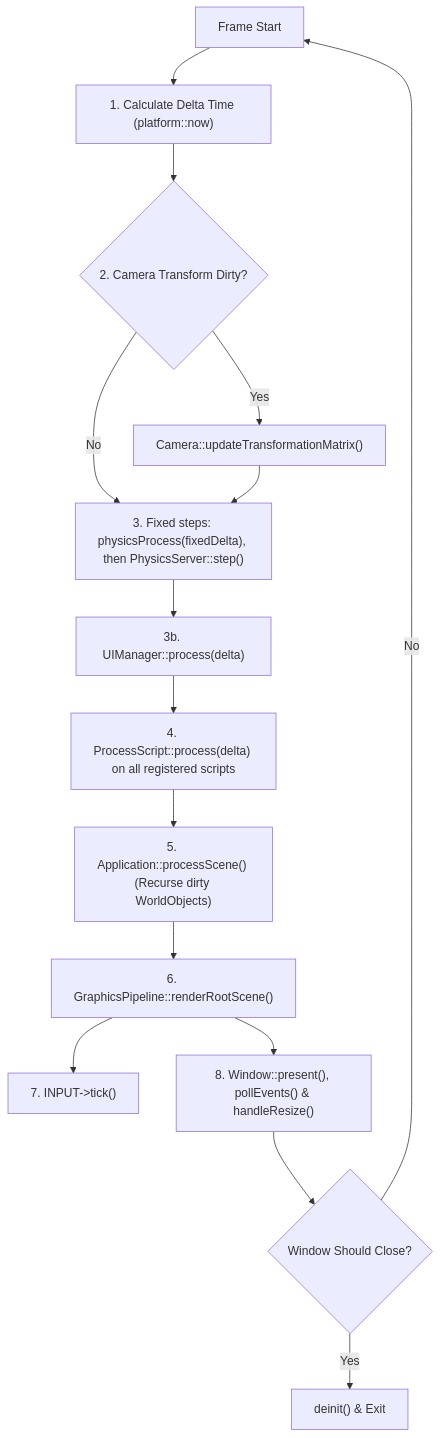
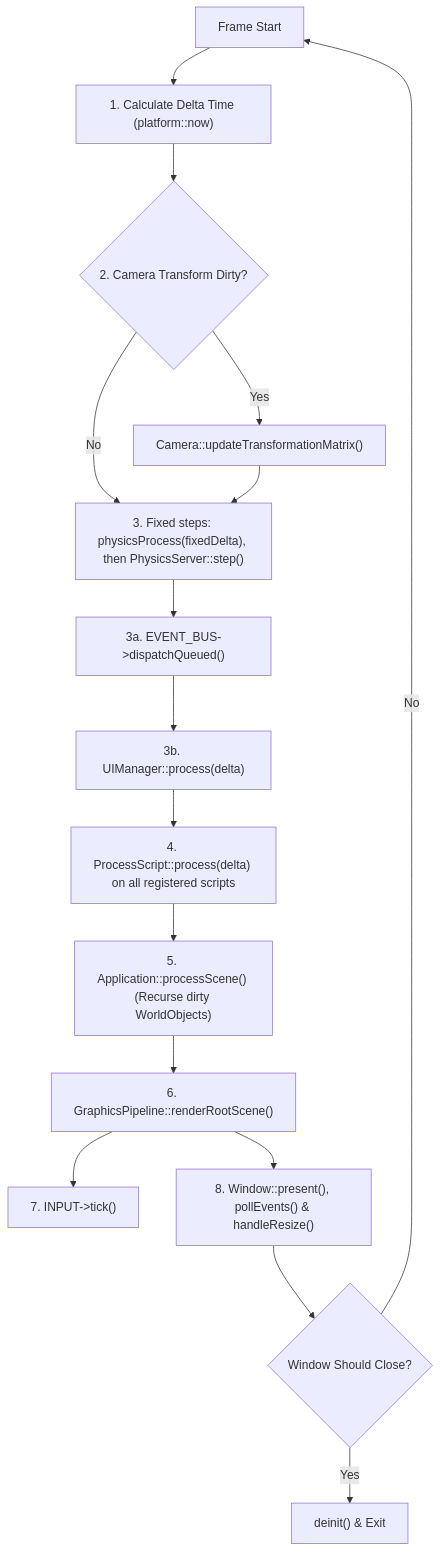
Before and after one commit to swdhahn/bird-engine: the second of 2 diagrams in docs/architecture/lifecycle_and_main_loop.md, drawn with Mermaid. The commit also changed 3 other files, not shown here.

Commit message:
docs(events): add Event & Messaging System architecture guide and Dart tutorial section

````diff
--- a/docs/architecture/lifecycle_and_main_loop.md
+++ b/docs/architecture/lifecycle_and_main_loop.md
@@ -40,17 +40,18 @@
 ```mermaid
 flowchart TD
     Start["Frame Start"] --> Time["1. Calculate Delta Time (platform::now)"]
     Time --> CamCheck{"2. Camera Transform Dirty?"}
     CamCheck -- Yes --> CamUpdate["Camera::updateTransformationMatrix()"]
     CamCheck -- No --> Physics["3. Fixed steps: physicsProcess(fixedDelta), then PhysicsServer::step()"]
     CamUpdate --> Physics
-    Physics --> UITick["3b. UIManager::process(delta)"]
+    Physics --> Events["3a. EVENT_BUS->dispatchQueued()"]
+    Events --> UITick["3b. UIManager::process(delta)"]
     UITick --> Scripts["4. ProcessScript::process(delta) on all registered scripts"]
     Scripts --> SceneProc["5. Application::processScene() (Recurse dirty WorldObjects)"]
     SceneProc --> Render["6. GraphicsPipeline::renderRootScene()"]
     Render --> Input["7. INPUT->tick()"]
     Render --> Window["8. Window::present(), pollEvents() & handleResize()"]
     Window --> Loop{"Window Should Close?"}
     Loop -- No --> Start
     Loop -- Yes --> Shutdown["deinit() & Exit"]
 ```
````
